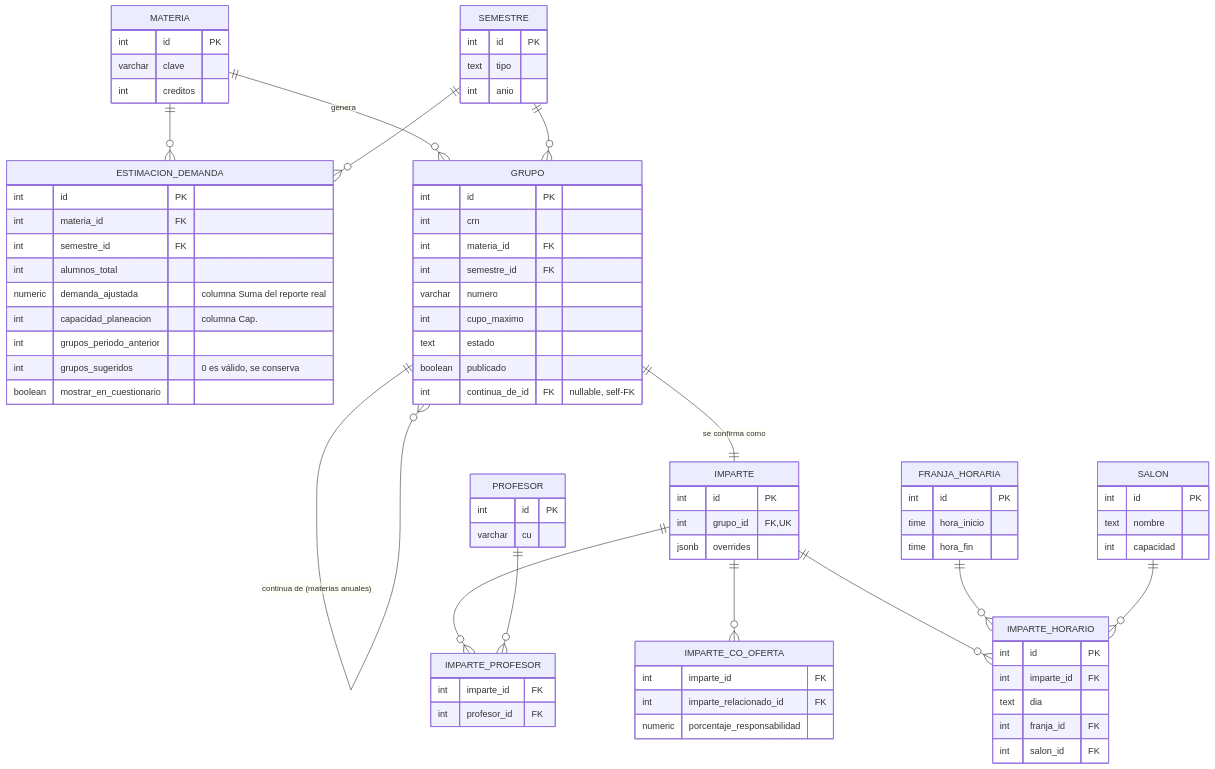
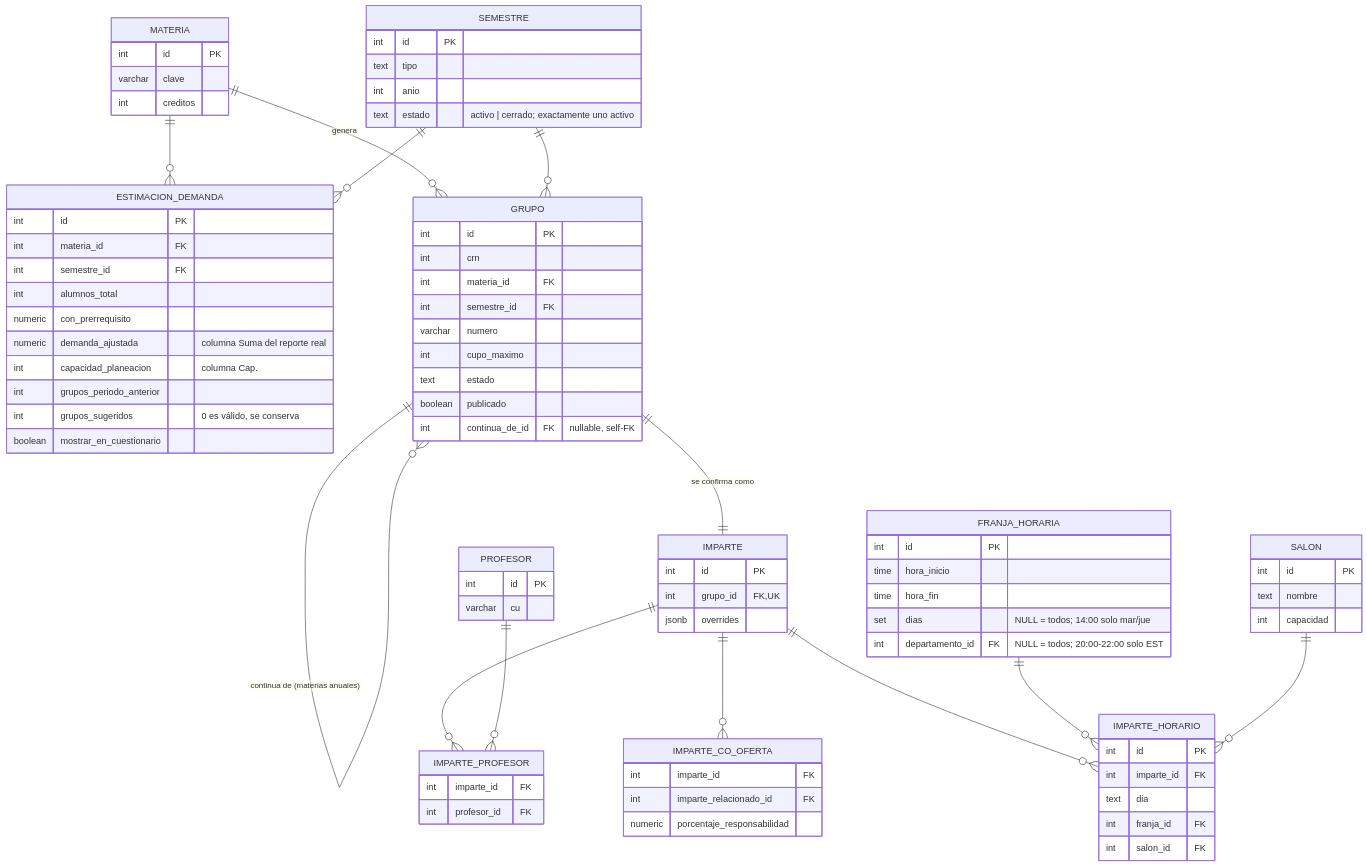
The third of 5 diagrams in bd/diagrama-er.md (PauGarza/malla-horarios-web), drawn with Mermaid before and after one commit. The commit also changed other lines of this file and 5 other files, not shown here.

```diff
--- a/bd/diagrama-er.md
+++ b/bd/diagrama-er.md
@@ -133,12 +139,14 @@
         int id PK
         text tipo
         int anio
+        text estado "activo | cerrado; exactamente uno activo"
     }
     ESTIMACION_DEMANDA {
         int id PK
         int materia_id FK
         int semestre_id FK
         int alumnos_total
+        numeric con_prerrequisito
         numeric demanda_ajustada "columna Suma del reporte real"
         int capacidad_planeacion "columna Cap."
         int grupos_periodo_anterior
@@ -190,6 +198,8 @@
         int id PK
         time hora_inicio
         time hora_fin
+        set dias "NULL = todos; 14:00 solo mar/jue"
+        int departamento_id FK "NULL = todos; 20:00-22:00 solo EST"
     }
 
     MATERIA ||--o{ ESTIMACION_DEMANDA : ""
```
